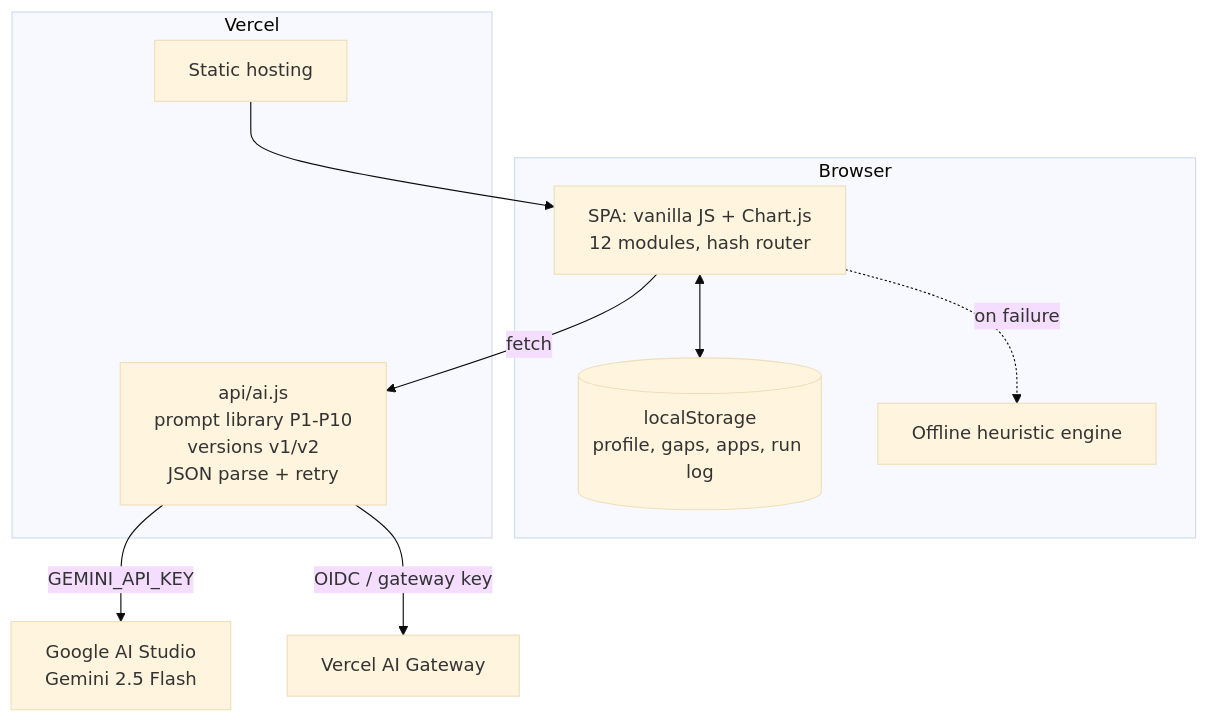
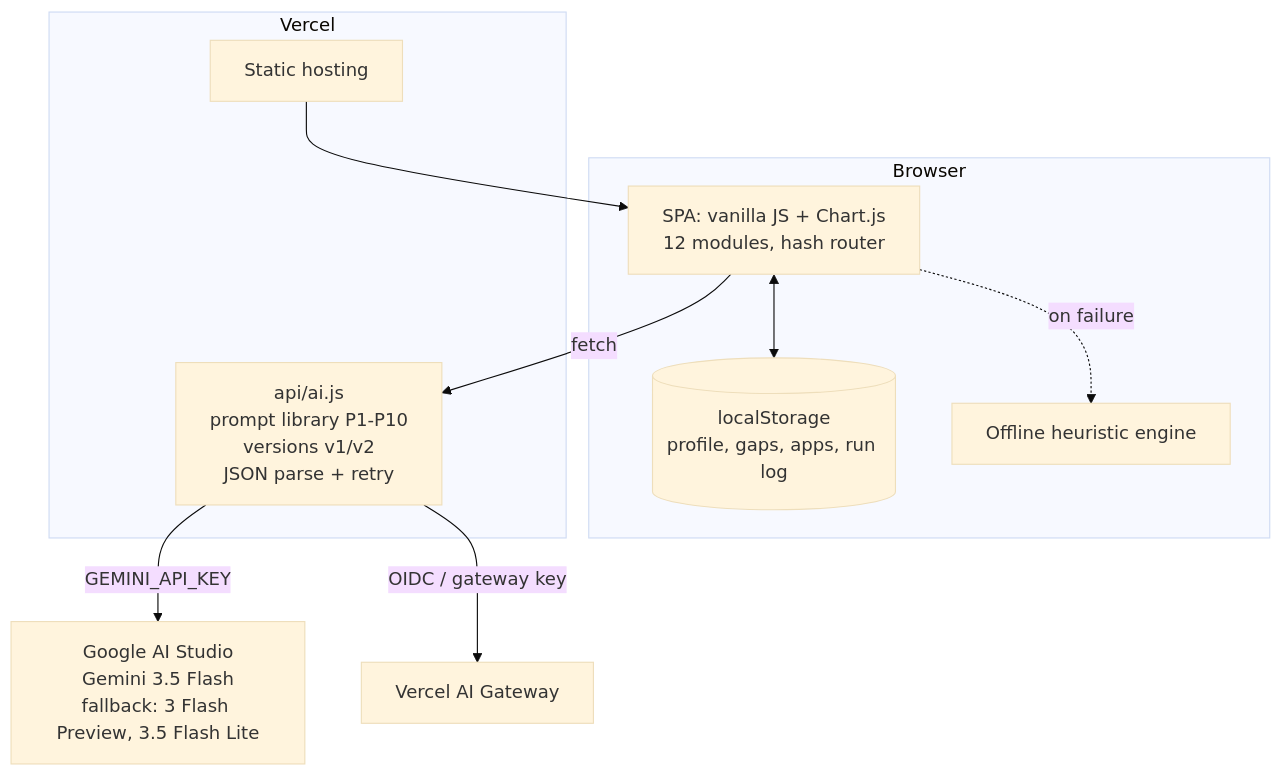
Before and after one commit to 333shubh/bridgr: the fourth of 4 diagrams in docs/diagrams.md, drawn with Mermaid (base theme). The commit also changed other lines of this file and 46 other files, not shown here.

First line of the commit message:
Milestone 2: real Gemini runs, model fallback, report and synopsis

````diff
--- a/docs/diagrams.md
+++ b/docs/diagrams.md
@@ -65,20 +65,20 @@
 ```mermaid
 flowchart TB
   subgraph Browser
     UI[SPA: vanilla JS + Chart.js<br/>12 modules, hash router]
     LS[(localStorage<br/>profile, gaps, apps, run log)]
     OFF[Offline heuristic engine]
   end
   subgraph Vercel
     ST[Static hosting]
     FN[api/ai.js<br/>prompt library P1-P10<br/>versions v1/v2<br/>JSON parse + retry]
   end
-  G1[Google AI Studio<br/>Gemini 2.5 Flash]
+  G1[Google AI Studio<br/>Gemini 3.5 Flash<br/>fallback: 3 Flash Preview, 3.5 Flash Lite]
   G2[Vercel AI Gateway]
   UI <--> LS
   UI -->|fetch| FN
   FN -->|GEMINI_API_KEY| G1
   FN -->|OIDC / gateway key| G2
   UI -.->|on failure| OFF
   ST --> UI
 ```
````
